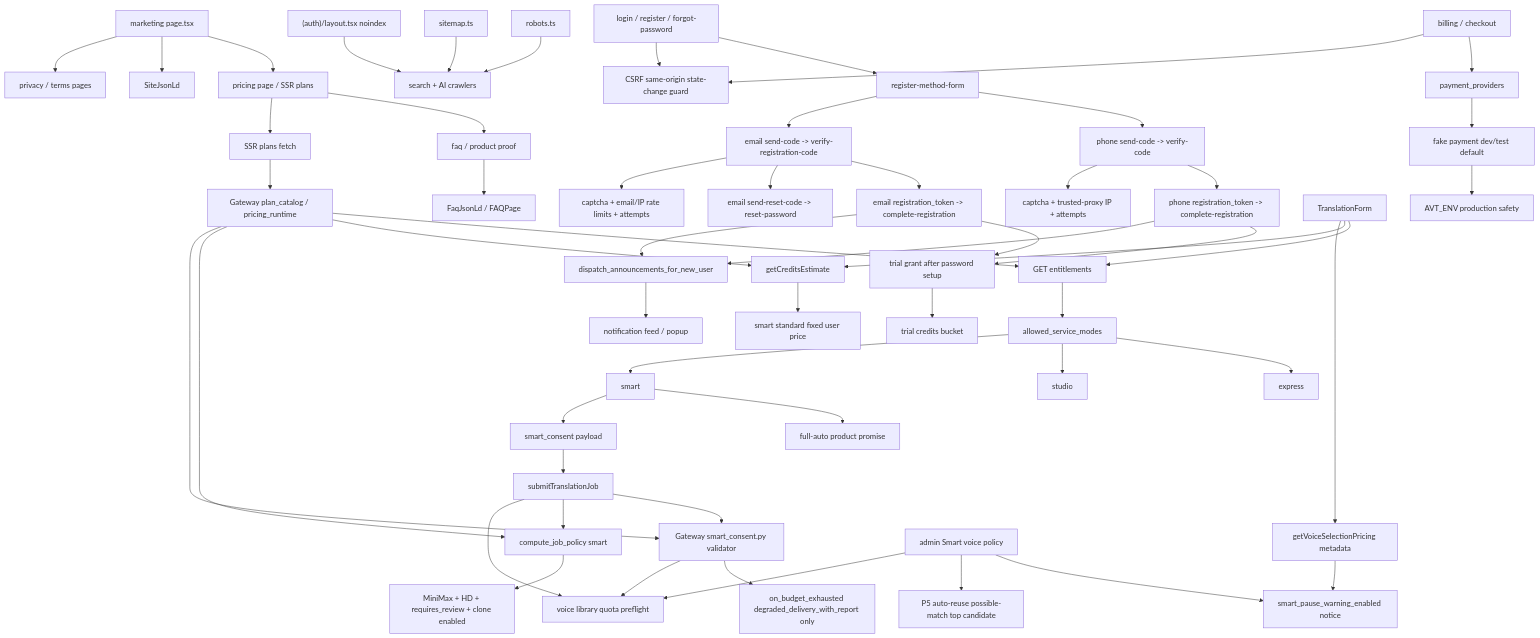
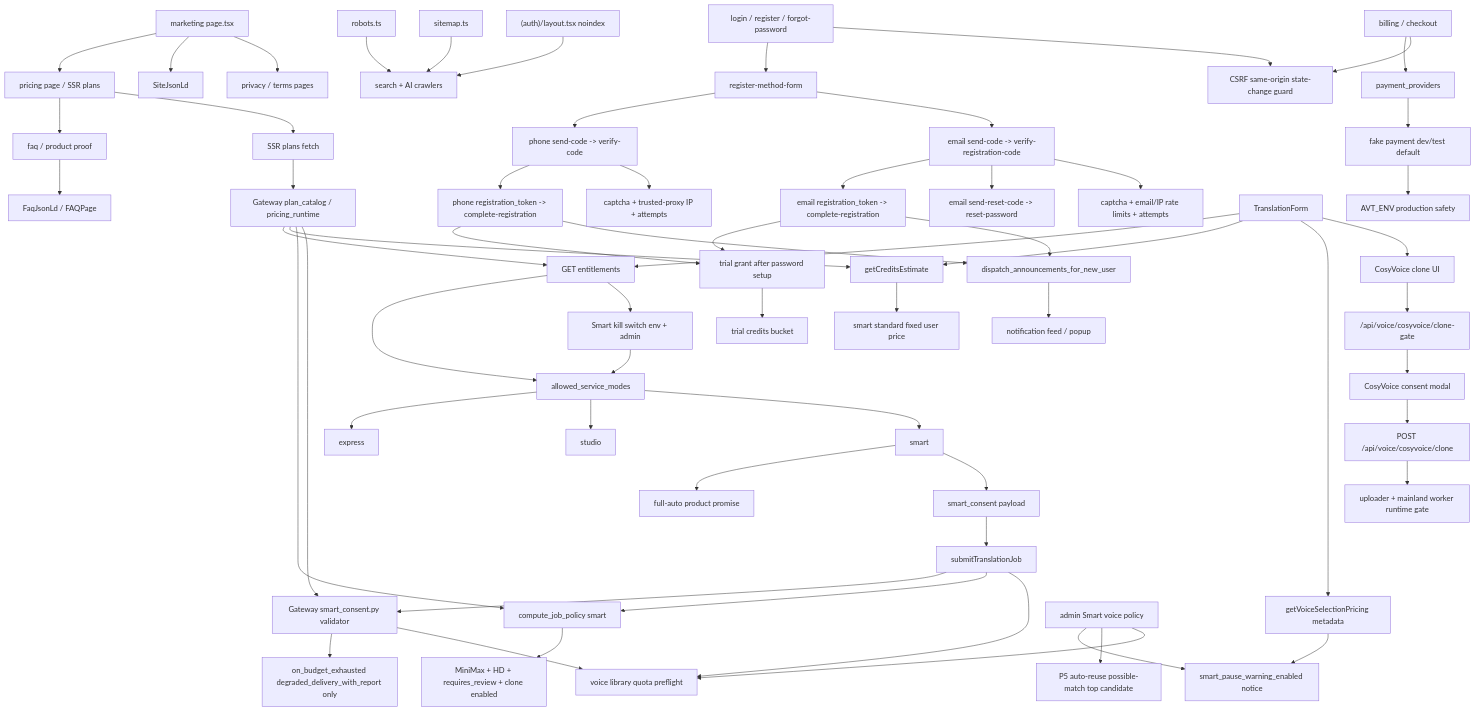
The diagram in docs/graphs/GITNEXUS_COMMERCIALIZATION_GRAPH.md (sun9bear/AITransVideo), drawn with Mermaid before and after one commit. The commit also changed other lines of this file and 13 other files, not shown here.

Commit message:
docs(graphs): refresh GitNexus maps for May 28

````diff
--- a/docs/graphs/GITNEXUS_COMMERCIALIZATION_GRAPH.md
+++ b/docs/graphs/GITNEXUS_COMMERCIALIZATION_GRAPH.md
@@ -26,67 +28,75 @@
 ```mermaid
 graph TD
     Home["marketing page.tsx"] --> Pricing["pricing page / SSR plans"]
     Pricing --> FAQ["faq / product proof"]
     FAQ --> FaqLd["FaqJsonLd / FAQPage"]
     Home --> SiteLd["SiteJsonLd"]
     Home --> Legal["privacy / terms pages"]
 
     Robots["robots.ts"] --> Crawlers["search + AI crawlers"]
     Sitemap["sitemap.ts"] --> Crawlers
     AuthNoindex["(auth)/layout.tsx noindex"] --> Crawlers
 
     Pricing --> PlansSSR["SSR plans fetch"]
     PlansSSR --> GatewayPlans["Gateway plan_catalog / pricing_runtime"]
 
     AuthPages["login / register / forgot-password"] --> Method["register-method-form"]
     Method --> PhoneFlow["phone send-code -> verify-code"]
     Method --> EmailFlow["email send-code -> verify-registration-code"]
     AuthPages --> CSRF["CSRF same-origin state-change guard"]
 
     PhoneFlow --> PhoneComplete["phone registration_token -> complete-registration"]
     EmailFlow --> EmailComplete["email registration_token -> complete-registration"]
     EmailFlow --> EmailReset["email send-reset-code -> reset-password"]
 
     PhoneComplete --> TrialGrant["trial grant after password setup"]
     EmailComplete --> TrialGrant
     TrialGrant --> Credits["trial credits bucket"]
 
     PhoneFlow --> Risk["captcha + trusted-proxy IP + attempts"]
     EmailFlow --> EmailRisk["captcha + email/IP rate limits + attempts"]
 
     Workspace["TranslationForm"] --> Entitlements["GET entitlements"]
     Entitlements --> AllowedModes["allowed_service_modes"]
+    Entitlements --> SmartKill["Smart kill switch env + admin"]
+    SmartKill --> AllowedModes
     AllowedModes --> Express["express"]
     AllowedModes --> Studio["studio"]
     AllowedModes --> Smart["smart"]
     Workspace --> Estimate["getCreditsEstimate"]
     Estimate --> SmartPrice["smart standard fixed user price"]
     Workspace --> SmartPricingMeta["getVoiceSelectionPricing metadata"]
     SmartPricingMeta --> WeakMatchWarning["smart_pause_warning_enabled notice"]
     Smart --> FullAuto["full-auto product promise"]
     Smart --> Consent["smart_consent payload"]
     Consent --> Submit["submitTranslationJob"]
     Submit --> ConsentValidator["Gateway smart_consent.py validator"]
     Submit --> Policy["compute_job_policy smart"]
     Submit --> VoiceQuotaPreflight["voice library quota preflight"]
     ConsentValidator --> BudgetPolicy["on_budget_exhausted degraded_delivery_with_report only"]
     Policy --> SmartLocked["MiniMax + HD + requires_review + clone enabled"]
     AdminVoicePolicy["admin Smart voice policy"] --> WeakMatchWarning
     AdminVoicePolicy --> PossibleAutoReuse["P5 auto-reuse possible-match top candidate"]
     AdminVoicePolicy --> VoiceQuotaPreflight
     ConsentValidator --> VoiceQuotaPreflight
 
+    Workspace --> CosyCloneUI["CosyVoice clone UI"]
+    CosyCloneUI --> CloneGate["/api/voice/cosyvoice/clone-gate"]
+    CloneGate --> CloneConsent["CosyVoice consent modal"]
+    CloneConsent --> ClonePost["POST /api/voice/cosyvoice/clone"]
+    ClonePost --> WorkerRuntime["uploader + mainland worker runtime gate"]
+
     Billing["billing / checkout"] --> PaymentProviders["payment_providers"]
     PaymentProviders --> FakeGate["fake payment dev/test default"]
     FakeGate --> ProdSafety["AVT_ENV production safety"]
     Billing --> CSRF
 
     GatewayPlans --> Entitlements
     GatewayPlans --> Estimate
     GatewayPlans --> Policy
     GatewayPlans --> ConsentValidator
 
     PhoneComplete --> NewUserAnn["dispatch_announcements_for_new_user"]
     EmailComplete --> NewUserAnn
     NewUserAnn --> UserNotif["notification feed / popup"]
 ```
````
